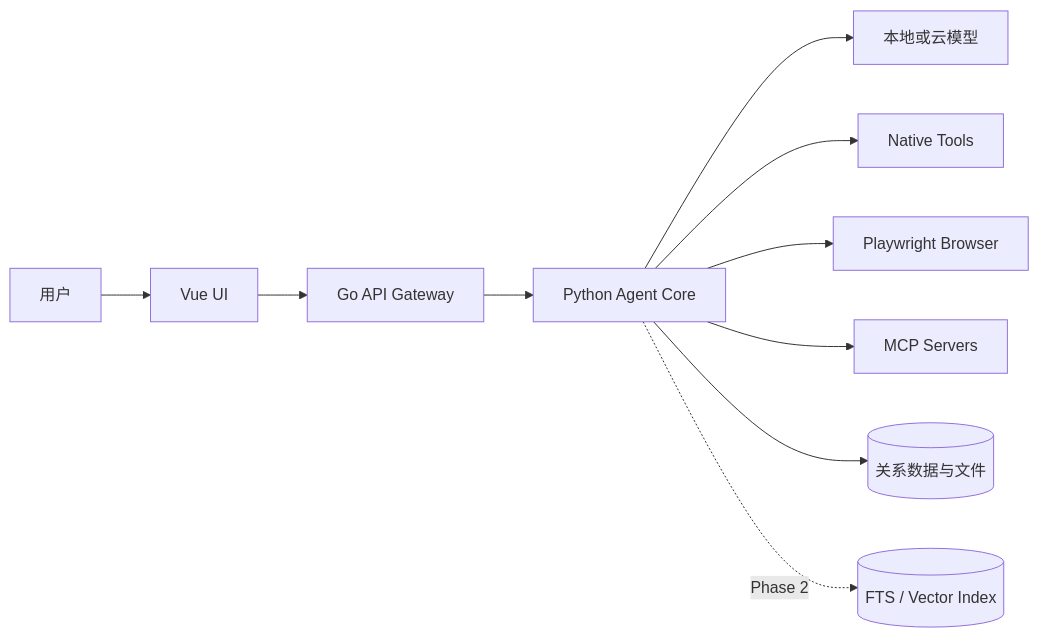
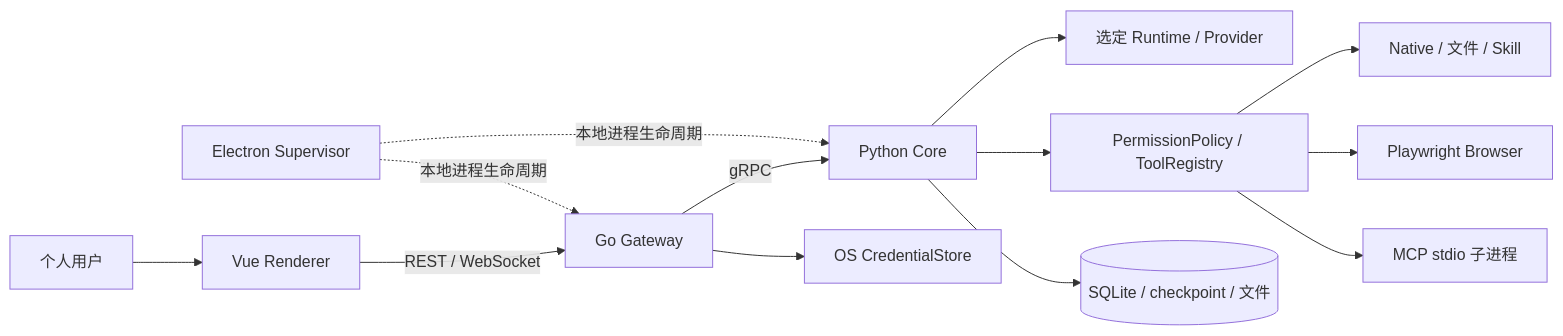
The diagram in docs/design/SystemDesign.md (Mime-AL/MaigoKite), drawn with Mermaid before and after one commit. The commit also changed other lines of this file and 106 other files, not shown here.

````diff
--- a/docs/design/SystemDesign.md
+++ b/docs/design/SystemDesign.md
@@ -24,12 +18,15 @@
 ```mermaid
 flowchart LR
-    User[用户] --> UI[Vue UI]
-    UI --> Gateway[Go API Gateway]
-    Gateway --> Core[Python Agent Core]
-    Core --> Model[本地或云模型]
-    Core --> Native[Native Tools]
-    Core --> Browser[Playwright Browser]
-    Core --> MCP[MCP Servers]
-    Core --> Data[(关系数据与文件)]
-    Core -. Phase 2 .-> Index[(FTS / Vector Index)]
+    U[个人用户] --> UI[Vue Renderer]
+    E[Electron Supervisor] -. 本地进程生命周期 .-> G[Go Gateway]
+    E -. 本地进程生命周期 .-> C[Python Core]
+    UI -->|REST / WebSocket| G
+    G -->|gRPC| C
+    G --> K[OS CredentialStore]
+    C --> R[选定 Runtime / Provider]
+    C --> P[PermissionPolicy / ToolRegistry]
+    P --> N[Native / 文件 / Skill]
+    P --> B[Playwright Browser]
+    P --> M[MCP stdio 子进程]
+    C --> D[(SQLite / checkpoint / 文件)]
 ```
````
